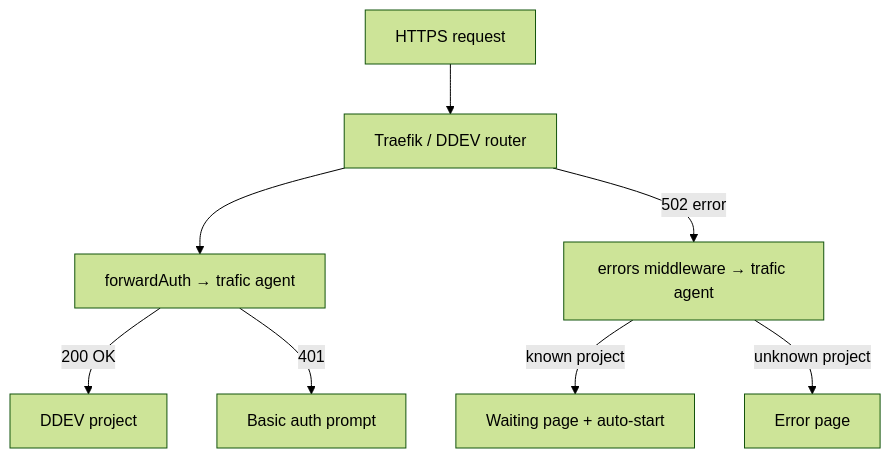
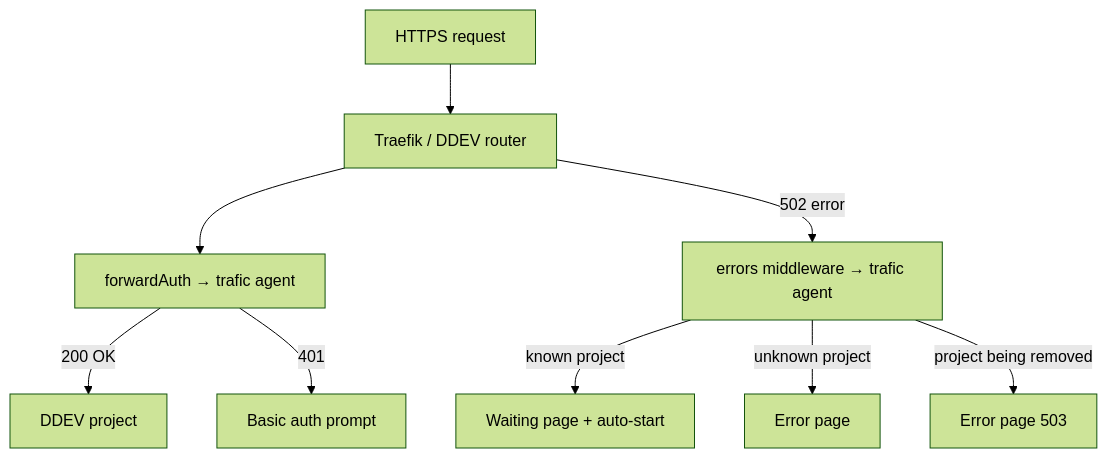
Before and after one commit to studiometa/trafic: the diagram in README.md, drawn with Mermaid (forest theme). The commit also changed other lines of this file and 3 other files, not shown here.

````diff
--- a/README.md
+++ b/README.md
@@ -23,10 +26,11 @@
 ```mermaid
 flowchart TD
   request[HTTPS request] --> traefik[Traefik / DDEV router]
   traefik --> forwardAuth[forwardAuth → trafic agent]
   forwardAuth --> |200 OK| ddev-web[DDEV project]
   forwardAuth --> |401| basic-auth[Basic auth prompt]
   traefik --> |502 error| errors[errors middleware → trafic agent]
   errors --> |known project| waiting[Waiting page + auto-start]
   errors --> |unknown project| error-page[Error page]
+  errors --> |project being removed| removing[Error page 503]
 ```
````
